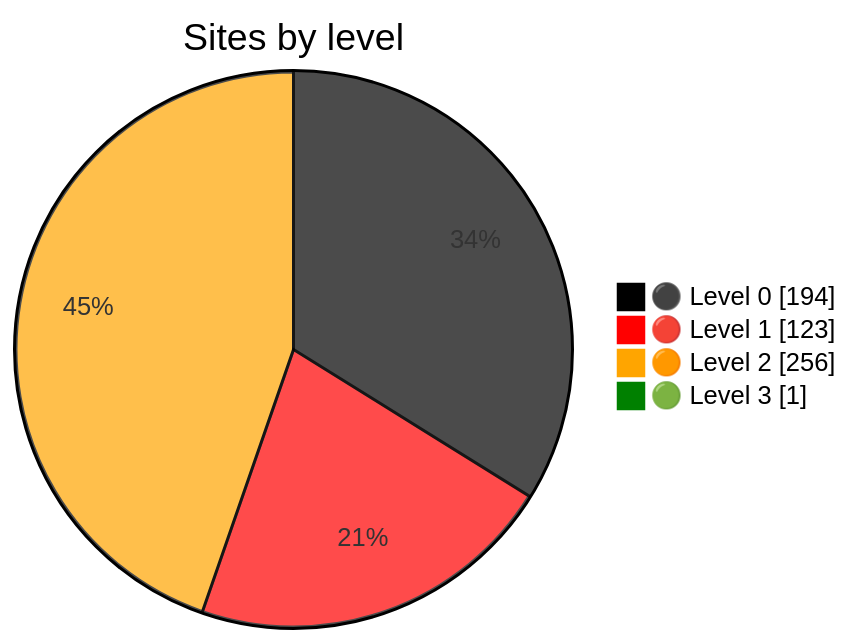
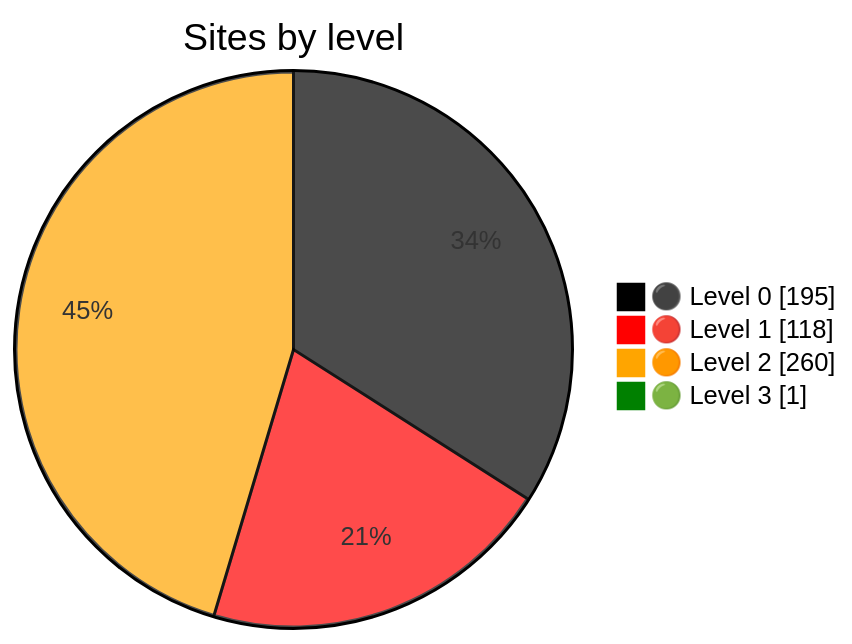
Before and after one commit to Dushmilan/gov_lk_web_auditor: the diagram in README.md, drawn with Mermaid. The commit also changed other lines of this file and 2548 other files, not shown here.

````diff
--- a/README.md
+++ b/README.md
@@ -24,9 +24,9 @@
 ```mermaid
 %%{init: {"themeVariables":{"pie1":"black","pie2":"red","pie3":"orange","pie4":"green"}}}%%
 pie showData
     title Sites by level
-    "⚫ Level 0" : 194
-    "🔴 Level 1" : 123
-    "🟠 Level 2" : 256
+    "⚫ Level 0" : 195
+    "🔴 Level 1" : 118
+    "🟠 Level 2" : 260
     "🟢 Level 3" : 1
 ```
````
